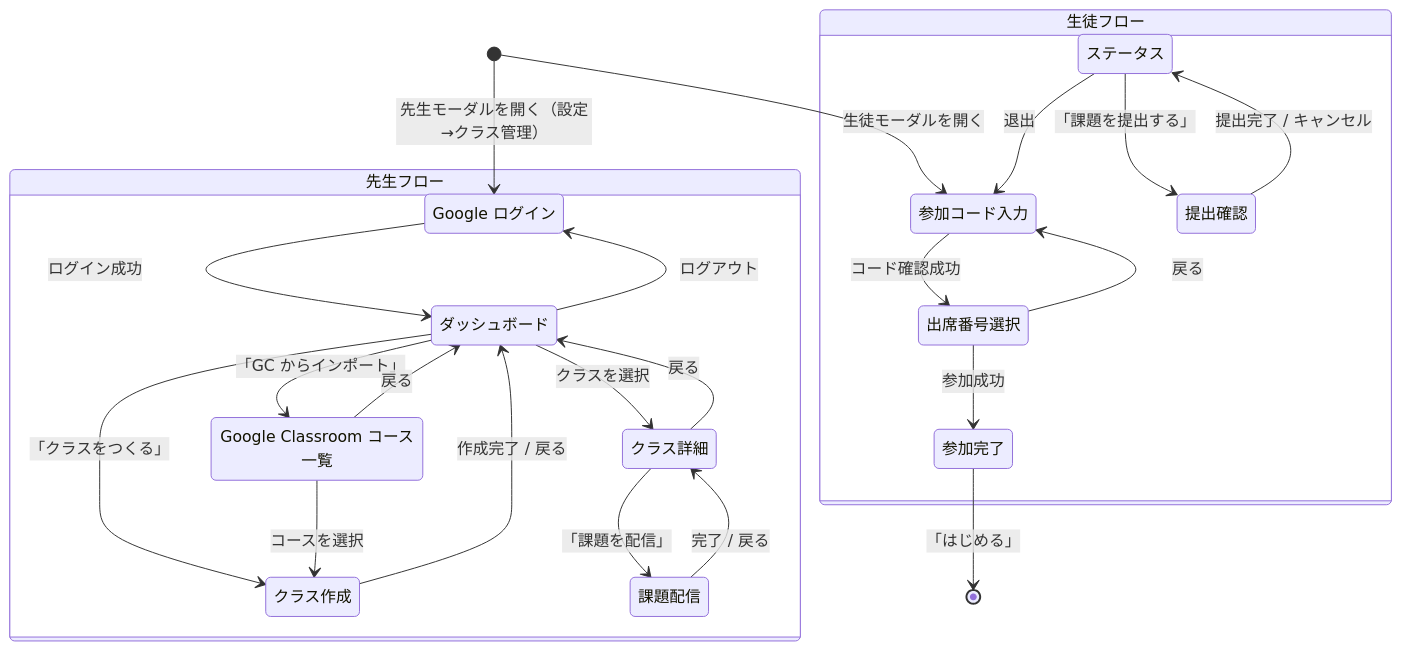
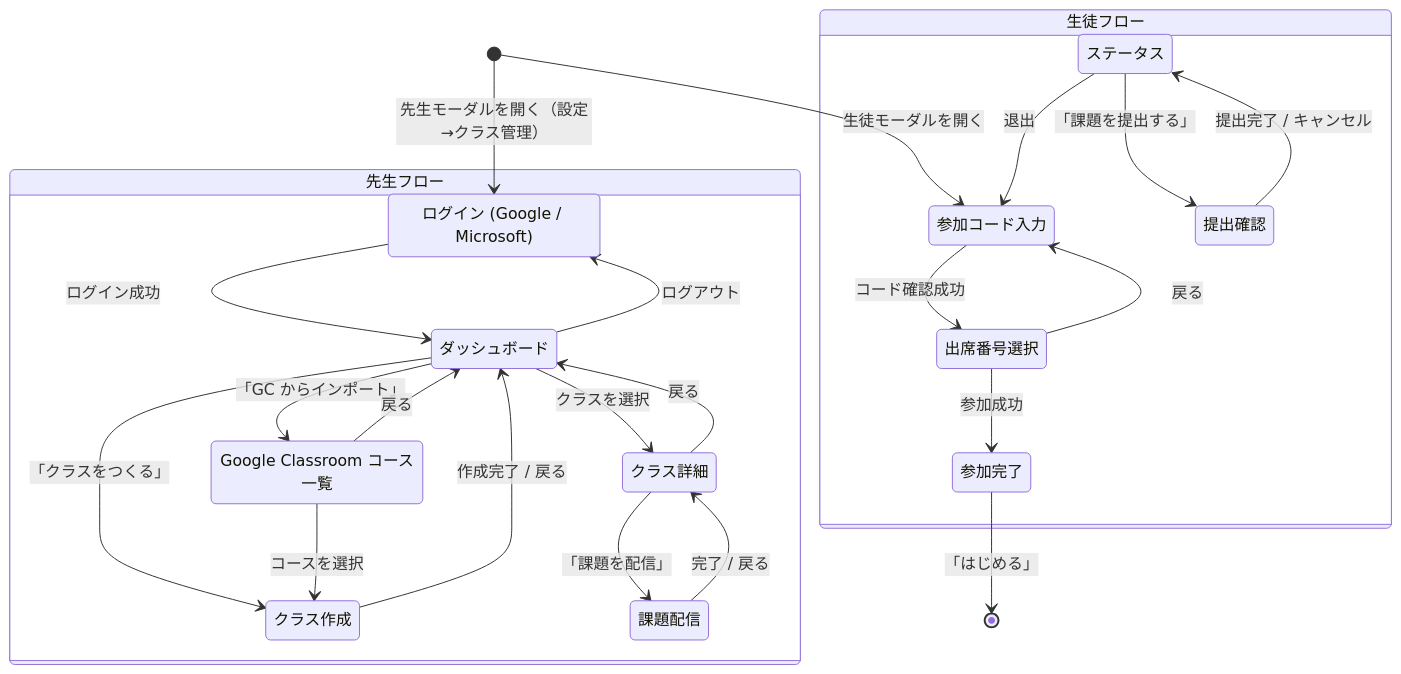
The diagram in docs/classroom/ui-ux.md (smalruby/smalruby3-editor), drawn with Mermaid before and after one commit. The commit also changed other lines of this file and 7 other files, not shown here.

````diff
--- a/docs/classroom/ui-ux.md
+++ b/docs/classroom/ui-ux.md
@@ -5,42 +5,42 @@
 ```mermaid
 stateDiagram-v2
     state "先生フロー" as teacher {
-        state "Google ログイン" as teacher_login
+        state "ログイン (Google / Microsoft)" as teacher_login
         state "ダッシュボード" as teacher_dashboard
         state "クラス作成" as teacher_create
         state "クラス詳細" as teacher_detail
         state "Google Classroom コース一覧" as teacher_gc
         state "課題配信" as teacher_post
     }
     state "生徒フロー" as student {
         state "参加コード入力" as student_join
         state "出席番号選択" as student_seat
         state "参加完了" as student_joined
         state "ステータス" as student_status
         state "提出確認" as student_confirm
     }
 
     [*] --> student_join: 生徒モーダルを開く
     [*] --> teacher_login: 先生モーダルを開く（設定→クラス管理）
 
     teacher_login --> teacher_dashboard: ログイン成功
     teacher_dashboard --> teacher_create: 「クラスをつくる」
     teacher_dashboard --> teacher_detail: クラスを選択
     teacher_dashboard --> teacher_gc: 「GC からインポート」
     teacher_dashboard --> teacher_login: ログアウト
     teacher_create --> teacher_dashboard: 作成完了 / 戻る
     teacher_detail --> teacher_dashboard: 戻る
     teacher_detail --> teacher_post: 「課題を配信」
     teacher_post --> teacher_detail: 完了 / 戻る
     teacher_gc --> teacher_create: コースを選択
     teacher_gc --> teacher_dashboard: 戻る
 
     student_join --> student_seat: コード確認成功
     student_seat --> student_joined: 参加成功
     student_seat --> student_join: 戻る
     student_joined --> [*]: 「はじめる」
 
     student_status --> student_confirm: 「課題を提出する」
     student_status --> student_join: 退出
     student_confirm --> student_status: 提出完了 / キャンセル
 ```
````
